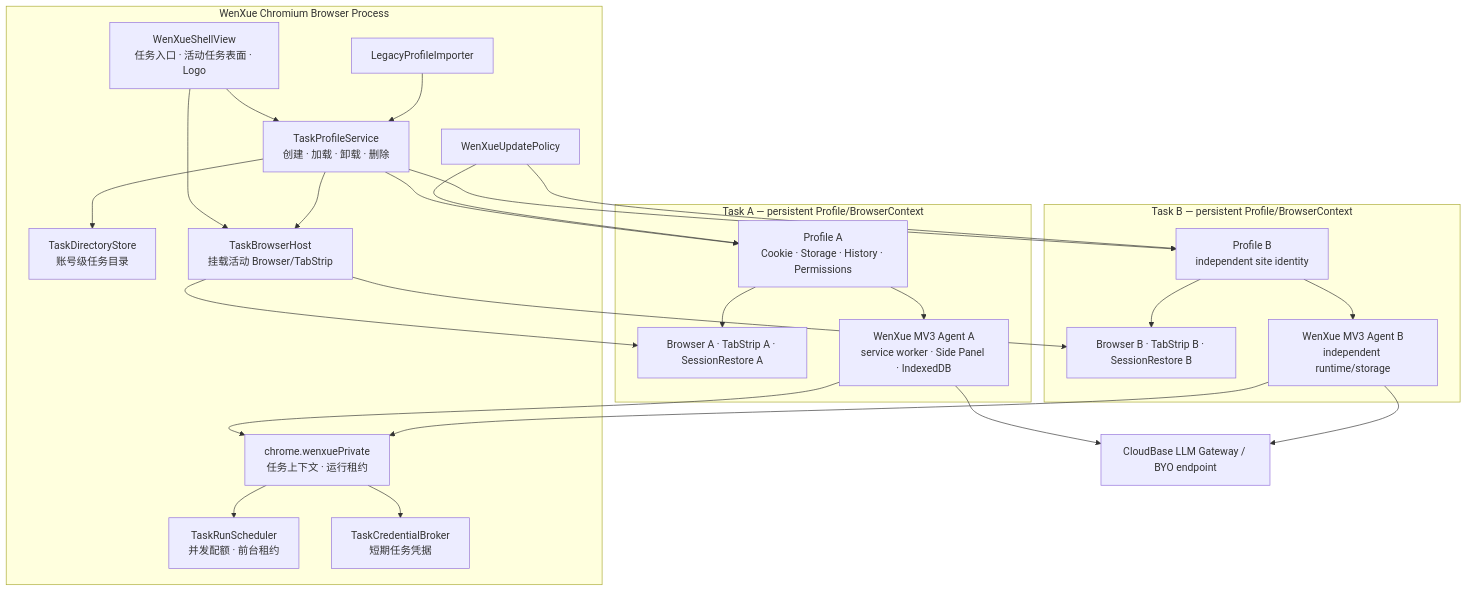
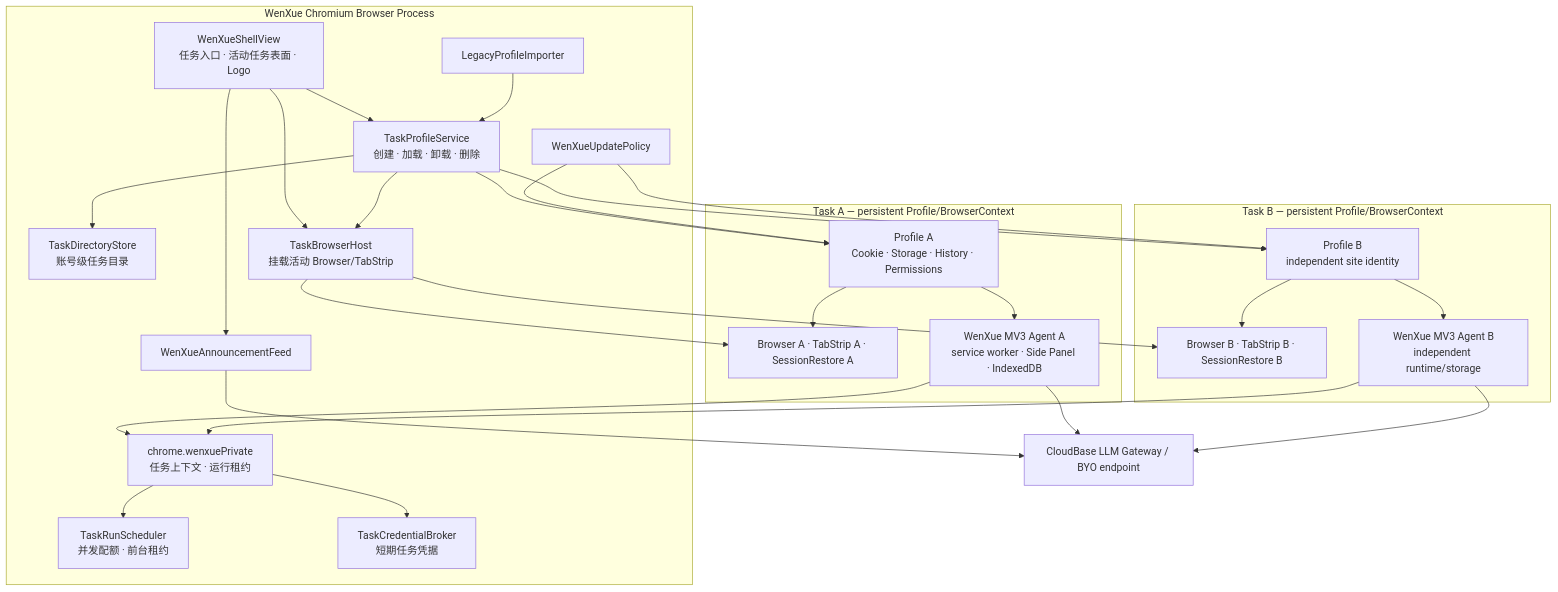
Before and after one commit to SmartSunruiyang/WenXue: the first of 3 diagrams in .project.agents/docs/refactor/ai-browser/02-design/ARCHITECTURE.md, drawn with Mermaid. The commit also changed other lines of this file and 97 other files, not shown here.

````diff
--- a/.project.agents/docs/refactor/ai-browser/02-design/ARCHITECTURE.md
+++ b/.project.agents/docs/refactor/ai-browser/02-design/ARCHITECTURE.md
@@ -284,49 +291,52 @@
 ```mermaid
 flowchart TB
     subgraph WB["WenXue Chromium Browser Process"]
         Shell["WenXueShellView\n任务入口 · 活动任务表面 · Logo"]
         Directory["TaskDirectoryStore\n账号级任务目录"]
         Profiles["TaskProfileService\n创建 · 加载 · 卸载 · 删除"]
         Host["TaskBrowserHost\n挂载活动 Browser/TabStrip"]
         Scheduler["TaskRunScheduler\n并发配额 · 前台租约"]
         Credentials["TaskCredentialBroker\n短期任务凭据"]
         PrivateApi["chrome.wenxuePrivate\n任务上下文 · 运行租约"]
         Importer["LegacyProfileImporter"]
         Update["WenXueUpdatePolicy"]
+        Announcement["WenXueAnnouncementFeed"]
 
         Shell --> Host
         Shell --> Profiles
         Profiles --> Directory
         Profiles --> Host
         PrivateApi --> Scheduler
         PrivateApi --> Credentials
         Importer --> Profiles
+        Shell --> Announcement
     end
 
     subgraph A["Task A — persistent Profile/BrowserContext"]
         ProfileA["Profile A\nCookie · Storage · History · Permissions"]
         BrowserA["Browser A · TabStrip A · SessionRestore A"]
         AgentA["WenXue MV3 Agent A\nservice worker · Side Panel · IndexedDB"]
         ProfileA --> BrowserA
         ProfileA --> AgentA
     end
 
     subgraph B["Task B — persistent Profile/BrowserContext"]
         ProfileB["Profile B\nindependent site identity"]
         BrowserB["Browser B · TabStrip B · SessionRestore B"]
         AgentB["WenXue MV3 Agent B\nindependent runtime/storage"]
         ProfileB --> BrowserB
         ProfileB --> AgentB
     end
 
     Profiles --> ProfileA
     Profiles --> ProfileB
     Host --> BrowserA
     Host --> BrowserB
     AgentA --> PrivateApi
     AgentB --> PrivateApi
     AgentA --> Cloud["CloudBase LLM Gateway / BYO endpoint"]
     AgentB --> Cloud
     Update --> ProfileA
     Update --> ProfileB
+    Announcement --> Cloud
 ```
````
